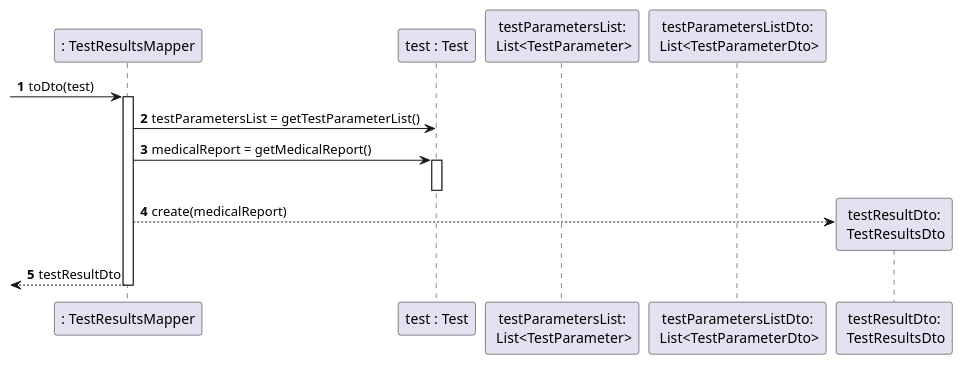
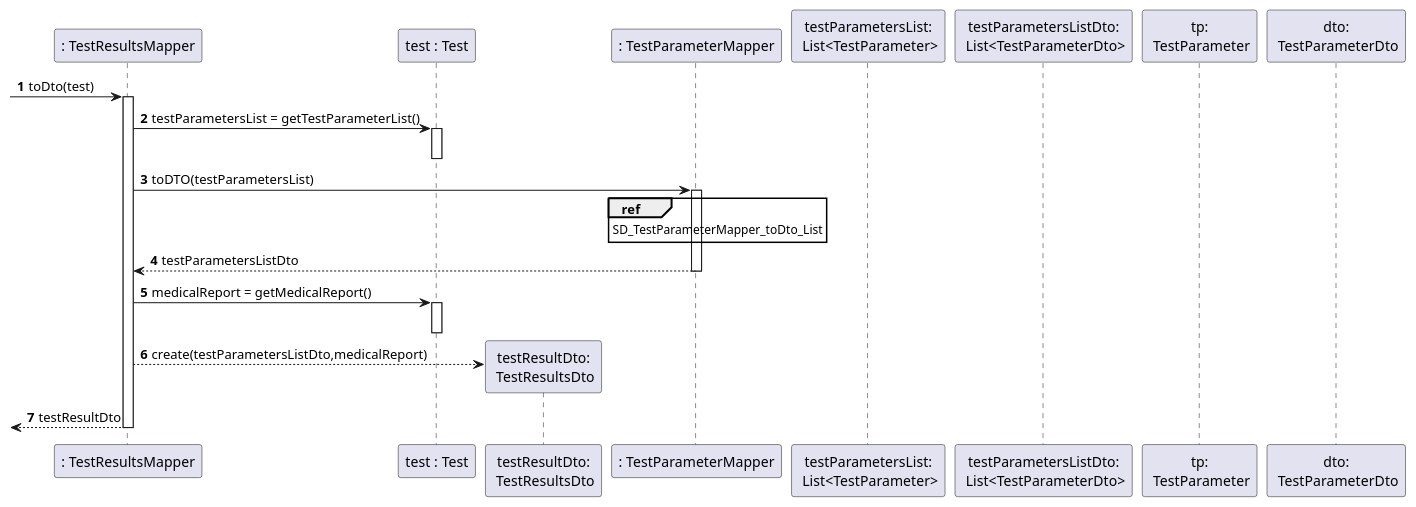
One commit to manu-07-ela/LAPR2_ISEP changed the diagram in docs/SprintD/US01/SD_TestResultsMapper_toDto_List.puml. Above: the diagram before and after it, drawn with PlantUML. The commit also changed 2 other files, not shown here.

```diff
--- a/docs/SprintD/US01/SD_TestResultsMapper_toDto_List.puml
+++ b/docs/SprintD/US01/SD_TestResultsMapper_toDto_List.puml
@@ -1,24 +1,33 @@
 @startuml
 'https://plantuml.com/sequence-diagram
 'hide footbox
 autonumber
 
 participant ": TestResultsMapper" as MAPPER
 participant "test : Test" as TEST
+participant "testResultDto:\n TestResultsDto" as TRDto
+participant ": TestParameterMapper" as tpMAPPER
 participant "testParametersList:\n List<TestParameter>" as lTP
 participant "testParametersListDto:\n List<TestParameterDto>" as lTPDto
-participant "testResultDto:\n TestResultsDto" as TRDto
-
-
+participant "tp:\n TestParameter" as TP
+participant "dto:\n TestParameterDto" as TPDto
 -> MAPPER : toDto(test)
 activate MAPPER
 MAPPER -> TEST : testParametersList = getTestParameterList()
-
+activate TEST
+deactivate TEST
+MAPPER -> tpMAPPER : toDTO(testParametersList)
+activate tpMAPPER
+ref over tpMAPPER
+SD_TestParameterMapper_toDto_List
+end ref
+tpMAPPER --> MAPPER : testParametersListDto
+deactivate tpMAPPER
 MAPPER -> TEST : medicalReport = getMedicalReport()
 activate TEST
 deactivate TEST
-MAPPER --> TRDto ** : create(medicalReport)
+MAPPER --> TRDto ** : create(testParametersListDto,medicalReport)
 <-- MAPPER : testResultDto
 deactivate MAPPER
 
 @enduml
```
